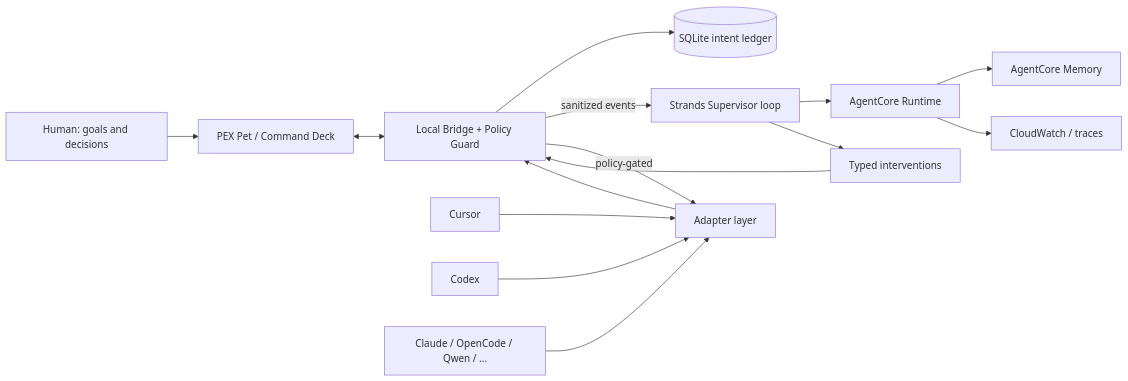
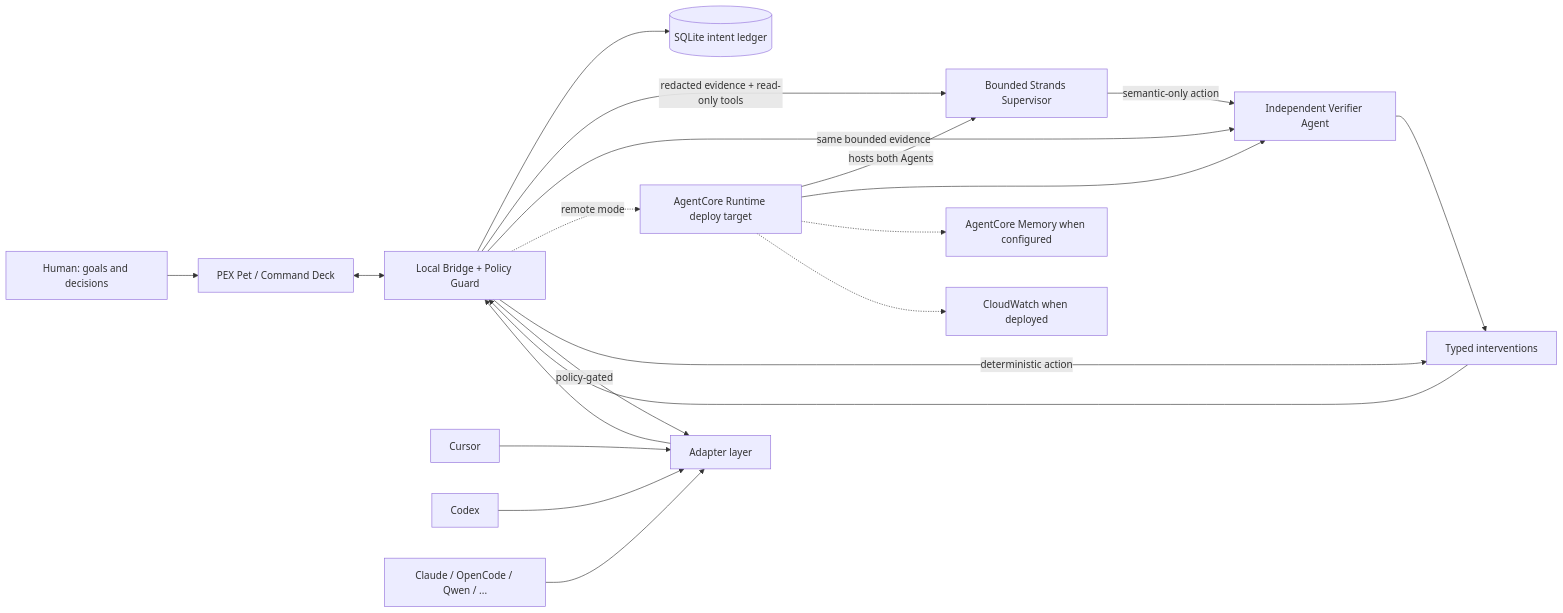
The diagram in docs/architecture/hackathon.md (josepha-mayo/pex), drawn with Mermaid before and after one commit. The commit also changed other lines of this file and 361 other files, not shown here.

````diff
--- a/docs/architecture/hackathon.md
+++ b/docs/architecture/hackathon.md
@@ -7,31 +7,37 @@
 ```mermaid
 flowchart LR
   human[Human: goals and decisions]
   pet[PEX Pet / Command Deck]
   bridge[Local Bridge + Policy Guard]
   store[(SQLite intent ledger)]
   adapters[Adapter layer]
   cursor[Cursor]
   codex[Codex]
   others[Claude / OpenCode / Qwen / ...]
-  strands[Strands Supervisor loop]
-  runtime[AgentCore Runtime]
-  memory[AgentCore Memory]
-  cw[CloudWatch / traces]
+  strands[Bounded Strands Supervisor]
+  verifier[Independent Verifier Agent]
+  runtime[AgentCore Runtime deploy target]
+  memory[AgentCore Memory when configured]
+  cw[CloudWatch when deployed]
   out[Typed interventions]
 
   human --> pet
   pet <--> bridge
   cursor --> adapters
   codex --> adapters
   others --> adapters
   adapters --> bridge
   bridge --> store
-  bridge -->|sanitized events| strands
-  strands --> runtime
-  runtime --> memory
-  runtime --> cw
-  strands --> out
+  bridge -->|redacted evidence + read-only tools| strands
+  strands -->|semantic-only action| verifier
+  bridge -->|same bounded evidence| verifier
+  bridge -.->|remote mode| runtime
+  runtime -->|hosts both Agents| strands
+  runtime --> verifier
+  runtime -.-> memory
+  runtime -.-> cw
+  verifier --> out
+  bridge -->|deterministic action| out
   out --> bridge
   bridge -->|policy-gated| adapters
 ```
````
